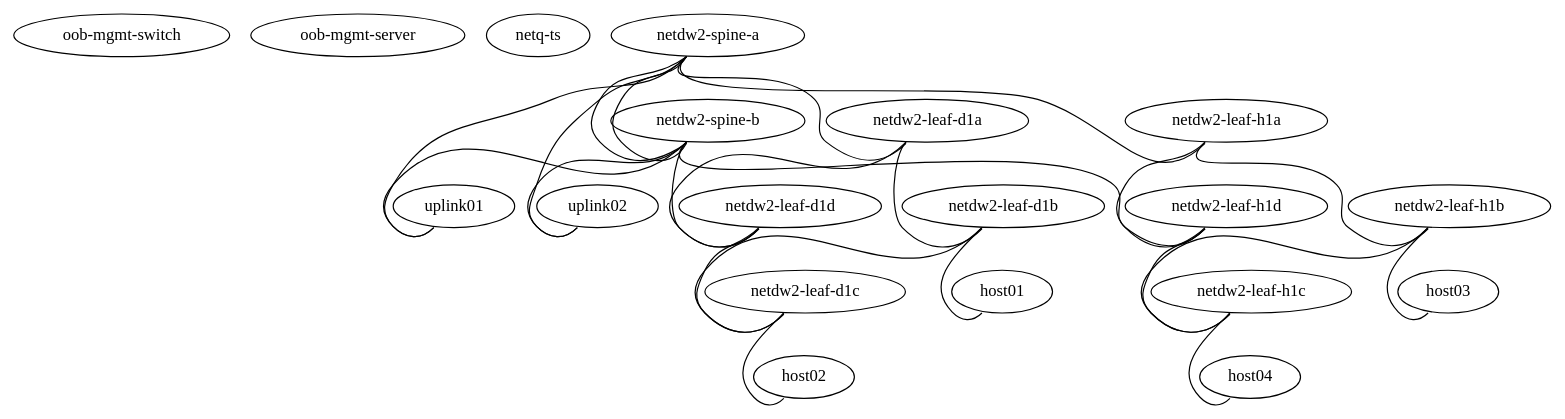
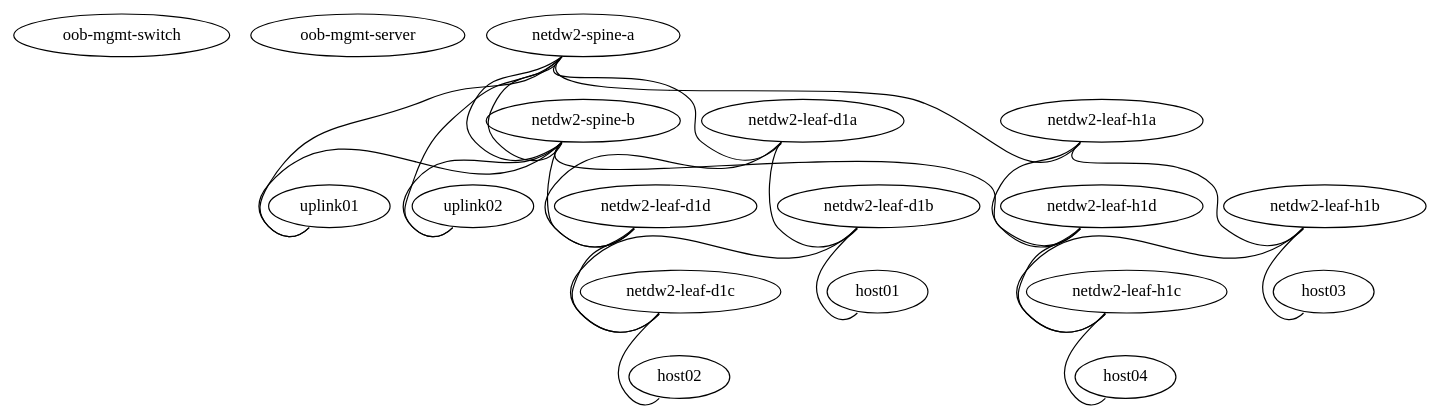
Before and after one commit to naturalis/cl-provision: the diagram in staging/naturalis.dot, drawn with Graphviz. The commit also changed 8 other files, not shown here.

```diff
--- a/staging/naturalis.dot
+++ b/staging/naturalis.dot
@@ -1,59 +1,58 @@
 graph dc {
    "oob-mgmt-switch"  [function="oob-switch" config="./helper_scripts/oob_switch_config.sh"]
    "oob-mgmt-server"  [function="oob-server" config="./helper_scripts/OOB_Server_Config.sh"]
-   "netq-ts"   [function="host" config="./helper_scripts/extra_server_config.sh" mgmt_ip="192.168.200.250"]
 
    "uplink01"  [function="leaf" config="./helper_scripts/extra_switch_config.sh"]
    "uplink02"  [function="leaf" config="./helper_scripts/extra_switch_config.sh"]
 
    "netdw2-spine-a"  [function="spine" config="./helper_scripts/extra_switch_config.sh"]
    "netdw2-spine-b"  [function="spine" config="./helper_scripts/extra_switch_config.sh"]
 
    "netdw2-leaf-d1a"  [function="leaf" config="./helper_scripts/extra_switch_config.sh"]
    "netdw2-leaf-d1b"  [function="leaf" config="./helper_scripts/extra_switch_config.sh"]
    "netdw2-leaf-d1c"  [function="leaf" config="./helper_scripts/extra_switch_config.sh"]
    "netdw2-leaf-d1d"  [function="leaf" config="./helper_scripts/extra_switch_config.sh"]
-   
+
    "netdw2-leaf-h1a"  [function="leaf" config="./helper_scripts/extra_switch_config.sh"]
    "netdw2-leaf-h1b"  [function="leaf" config="./helper_scripts/extra_switch_config.sh"]
    "netdw2-leaf-h1c"  [function="leaf" config="./helper_scripts/extra_switch_config.sh"]
    "netdw2-leaf-h1d"  [function="leaf" config="./helper_scripts/extra_switch_config.sh"]
 
    "host01"  [function="leaf" config="./helper_scripts/extra_switch_config.sh"]
    "host02"  [function="leaf" config="./helper_scripts/extra_switch_config.sh"]
    "host03"  [function="leaf" config="./helper_scripts/extra_switch_config.sh"]
    "host04"  [function="leaf" config="./helper_scripts/extra_switch_config.sh"]
 
 
    "netdw2-spine-a":"swp47" -- "uplink01":"swp1"
    "netdw2-spine-a":"swp48" -- "uplink02":"swp1"
-   
+
    "netdw2-spine-b":"swp47" -- "uplink01":"swp2"
    "netdw2-spine-b":"swp48" -- "uplink02":"swp2"
 
    "netdw2-spine-a":"swp49" -- "netdw2-spine-b":"swp49"
    "netdw2-spine-a":"swp50" -- "netdw2-spine-b":"swp50"
 
    "netdw2-spine-a":"swp1" -- "netdw2-leaf-d1a":"swp52"
    "netdw2-spine-b":"swp1" -- "netdw2-leaf-d1d":"swp52"
 
    "netdw2-spine-a":"swp2" -- "netdw2-leaf-h1a":"swp52"
    "netdw2-spine-b":"swp2" -- "netdw2-leaf-h1d":"swp52"
 
 
    "netdw2-leaf-d1a":"swp50" -- "netdw2-leaf-d1d":"swp50"
    "netdw2-leaf-d1a":"swp49" -- "netdw2-leaf-d1b":"swp49"
    "netdw2-leaf-d1d":"swp49" -- "netdw2-leaf-d1c":"swp49"
    "netdw2-leaf-d1b":"swp50" -- "netdw2-leaf-d1c":"swp50"
 
    "netdw2-leaf-d1b":"swp1" -- "host01":"swp1"
    "netdw2-leaf-d1c":"swp1" -- "host02":"swp1"
 
    "netdw2-leaf-h1a":"swp50" -- "netdw2-leaf-h1d":"swp50"
    "netdw2-leaf-h1a":"swp49" -- "netdw2-leaf-h1b":"swp49"
    "netdw2-leaf-h1d":"swp49" -- "netdw2-leaf-h1c":"swp49"
    "netdw2-leaf-h1b":"swp50" -- "netdw2-leaf-h1c":"swp50"
 
    "netdw2-leaf-h1b":"swp1" -- "host03":"swp1"
    "netdw2-leaf-h1c":"swp1" -- "host04":"swp1"
 }
```
